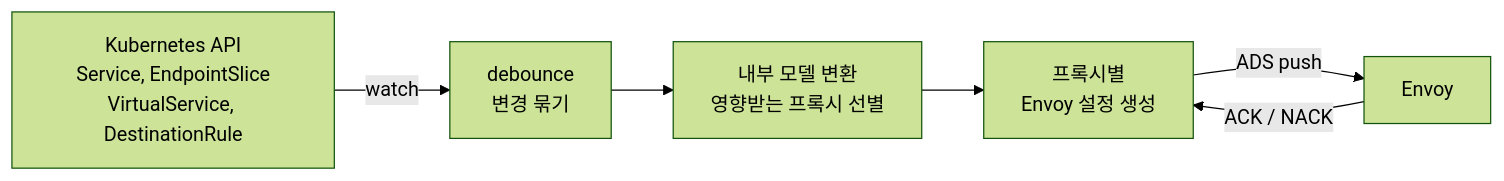
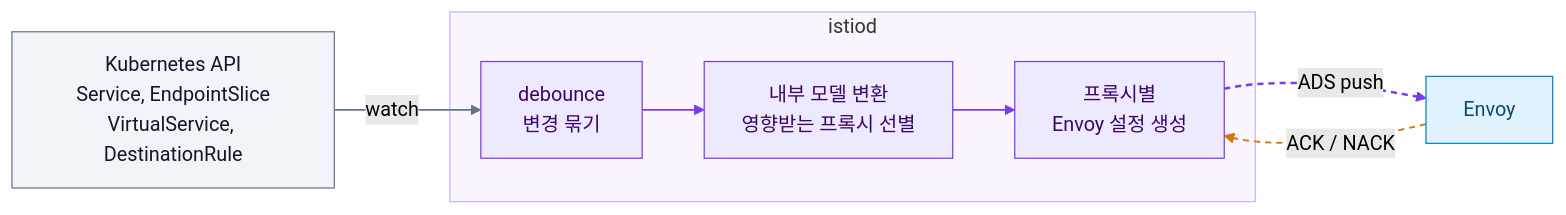
Before and after one commit to ChanghwanK/ChanghwanK.github.io: the sixth of 6 diagrams in content/posts/2026-09-26-istio-envoy-xds/index.md, drawn with Mermaid (forest theme). The commit also changed other lines of this file, not shown here.

First line of the commit message:
content(blog): apply shared palette to remaining diagrams

````diff
--- a/content/posts/2026-09-26-istio-envoy-xds/index.md
+++ b/content/posts/2026-09-26-istio-envoy-xds/index.md
@@ -244,8 +268,22 @@
 ```mermaid
 flowchart LR
-  K["Kubernetes API<br/>Service, EndpointSlice<br/>VirtualService, DestinationRule"] -->|watch| D["debounce<br/>변경 묶기"]
-  D --> M["내부 모델 변환<br/>영향받는 프록시 선별"]
-  M --> G["프록시별<br/>Envoy 설정 생성"]
+  K["Kubernetes API<br/>Service, EndpointSlice<br/>VirtualService, DestinationRule"] -->|watch| D
+  subgraph ISTIOD["istiod"]
+    D["debounce<br/>변경 묶기"] --> M["내부 모델 변환<br/>영향받는 프록시 선별"] --> G["프록시별<br/>Envoy 설정 생성"]
+  end
   G -->|"ADS push"| E["Envoy"]
   E -->|"ACK / NACK"| G
+
+  classDef source fill:#f1f5f9,stroke:#64748b,color:#0f172a
+  classDef control fill:#ede9fe,stroke:#7c3aed,color:#3b0764
+  classDef proxy fill:#e0f2fe,stroke:#0284c7,color:#0c4a6e
+  class K source
+  class D,M,G control
+  class E proxy
+  style ISTIOD fill:#faf5ff,stroke:#c4b5fd
+
+  linkStyle 0 stroke:#64748b,stroke-width:1.5px
+  linkStyle 1,2 stroke:#7c3aed,stroke-width:1.5px
+  linkStyle 3 stroke:#7c3aed,stroke-width:2px,stroke-dasharray:5 4
+  linkStyle 4 stroke:#d97706,stroke-width:1.5px,stroke-dasharray:5 4
 ```
````
